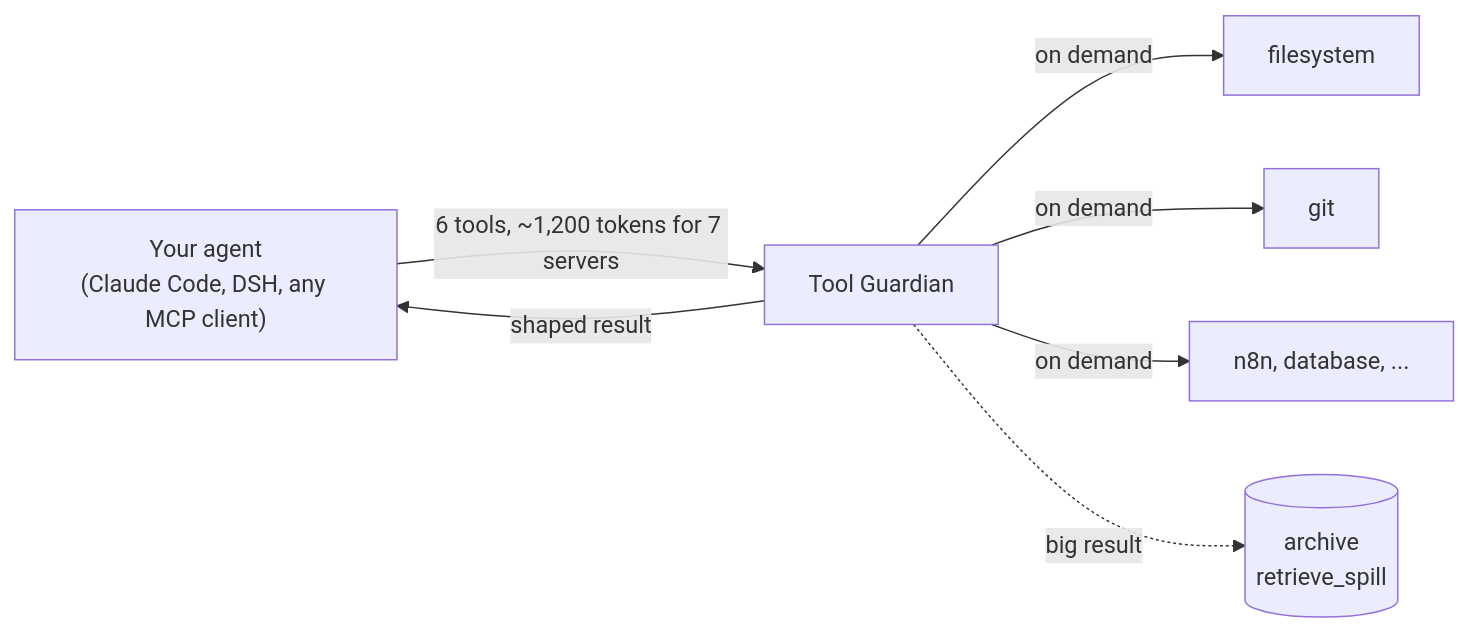
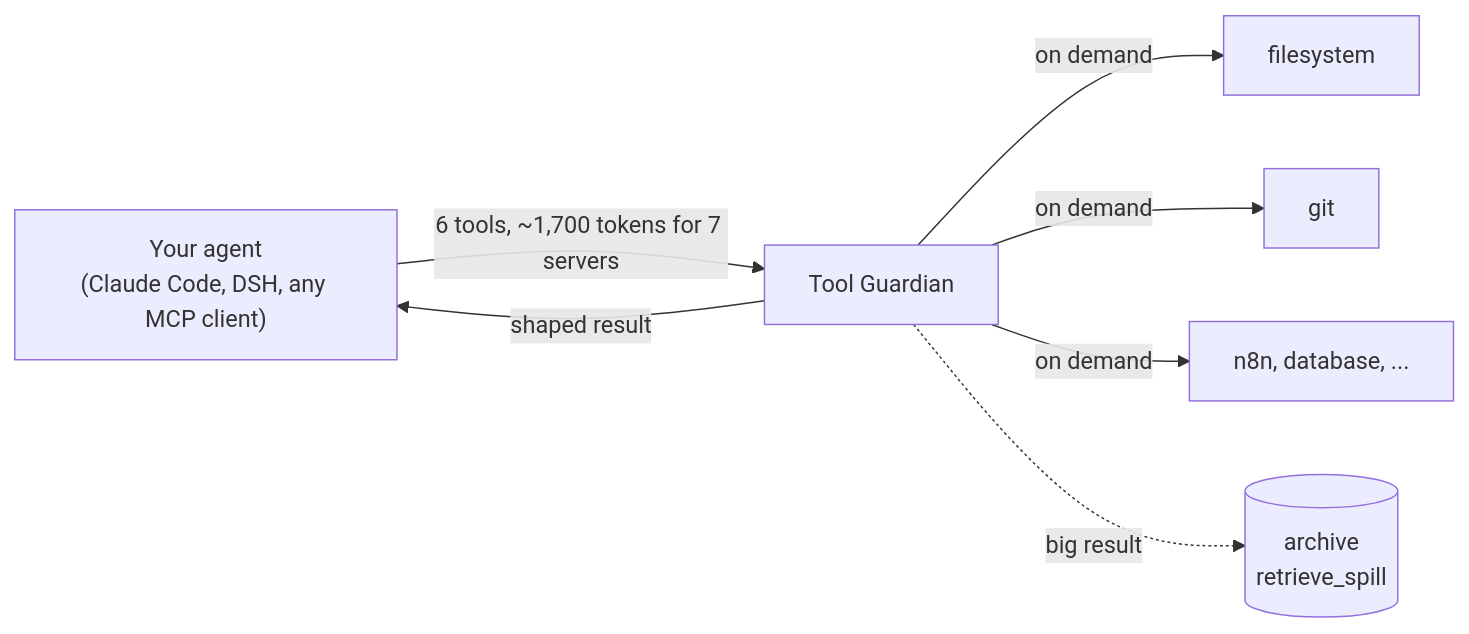
Before and after one commit to LuminariSoftwares/tool-guardian: the first of 2 diagrams in README.md, drawn with Mermaid. The commit also changed other lines of this file and 3 other files, not shown here.

First line of the commit message:
README quick start, architecture and testing; Dockerfile

````diff
--- a/README.md
+++ b/README.md
@@ -154,9 +173,9 @@
 ```mermaid
 flowchart LR
-    A["Your agent<br/>(Claude Code, DSH, any MCP client)"] -->|"6 tools, ~1,200 tokens for 7 servers"| B["Tool Guardian"]
+    A["Your agent<br/>(Claude Code, DSH, any MCP client)"] -->|"6 tools, ~1,700 tokens for 7 servers"| B["Tool Guardian"]
     B -->|"on demand"| C["filesystem"]
     B -->|"on demand"| D["git"]
     B -->|"on demand"| E["n8n, database, ..."]
     B -. "big result" .-> F[("archive<br/>retrieve_spill")]
     B -->|"shaped result"| A
 ```
````
